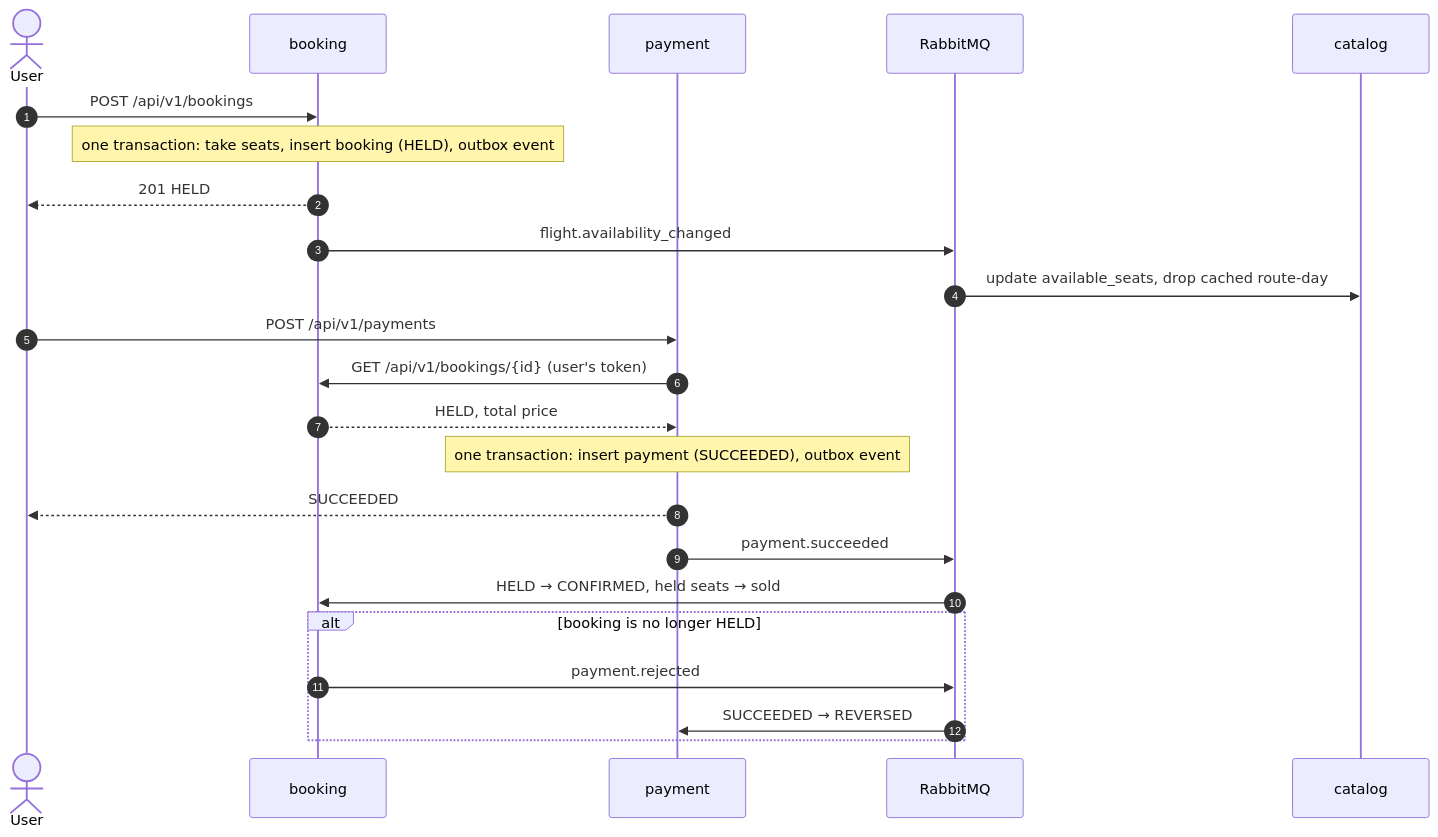
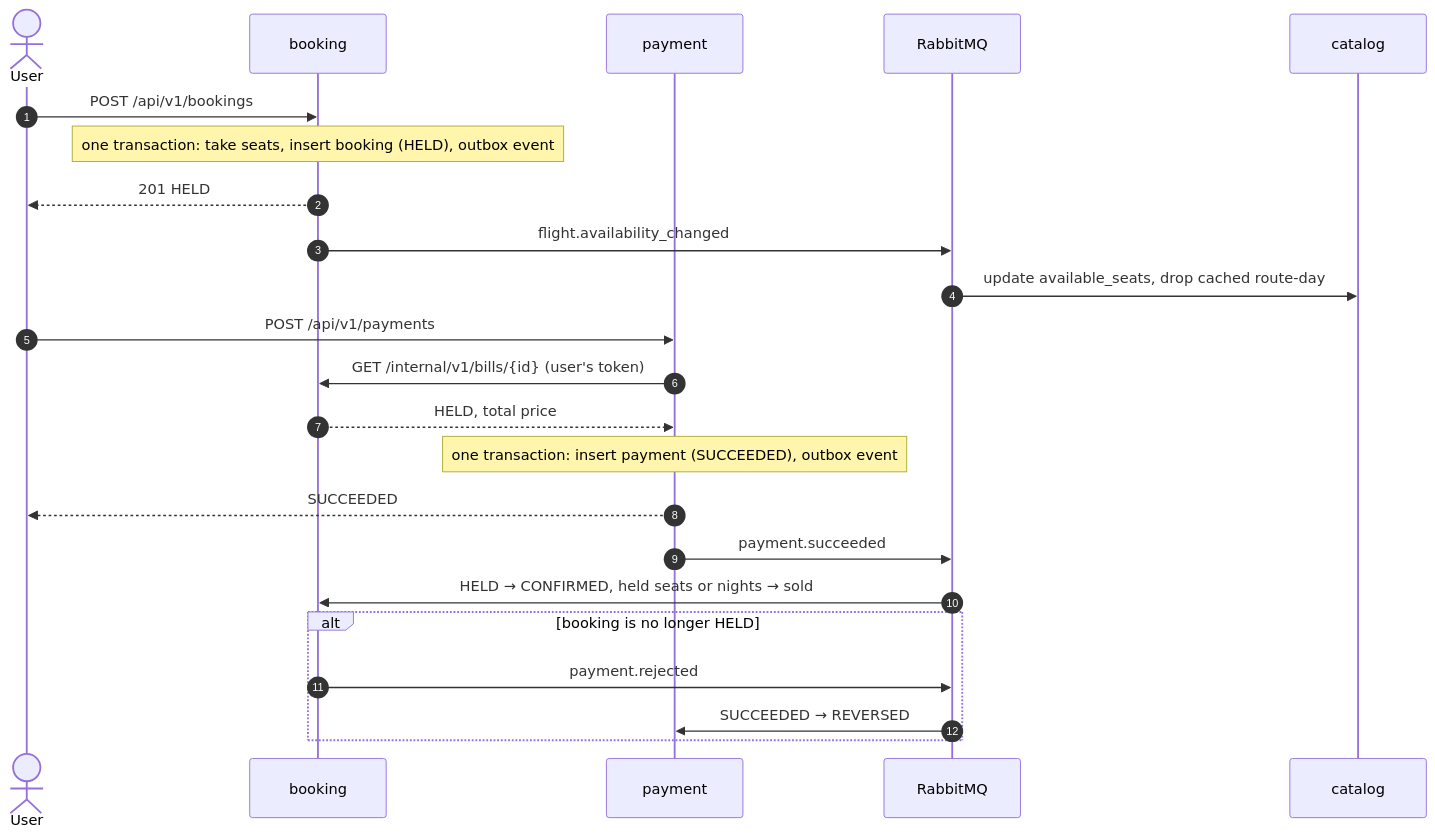
One commit to r-mcdougall/gotravel changed the fourth of 5 diagrams in docs/architecture.md. Above: the diagram before and after it, drawn with Mermaid. The commit also changed other lines of this file and 1 other file, not shown here.

Commit message:
docs: describe the hotel flow in the README and architecture

````diff
--- a/docs/architecture.md
+++ b/docs/architecture.md
@@ -93,28 +98,28 @@
 ```mermaid
 sequenceDiagram
     autonumber
     actor user as User
     participant booking
     participant payment
     participant mq as RabbitMQ
     participant catalog
 
     user->>booking: POST /api/v1/bookings
     Note over booking: one transaction: take seats, insert booking (HELD), outbox event
     booking-->>user: 201 HELD
     booking->>mq: flight.availability_changed
     mq->>catalog: update available_seats, drop cached route-day
 
     user->>payment: POST /api/v1/payments
-    payment->>booking: GET /api/v1/bookings/{id} (user's token)
+    payment->>booking: GET /internal/v1/bills/{id} (user's token)
     booking-->>payment: HELD, total price
     Note over payment: one transaction: insert payment (SUCCEEDED), outbox event
     payment-->>user: SUCCEEDED
     payment->>mq: payment.succeeded
-    mq->>booking: HELD → CONFIRMED, held seats → sold
+    mq->>booking: HELD → CONFIRMED, held seats or nights → sold
 
     alt booking is no longer HELD
         booking->>mq: payment.rejected
         mq->>payment: SUCCEEDED → REVERSED
     end
 ```
````
